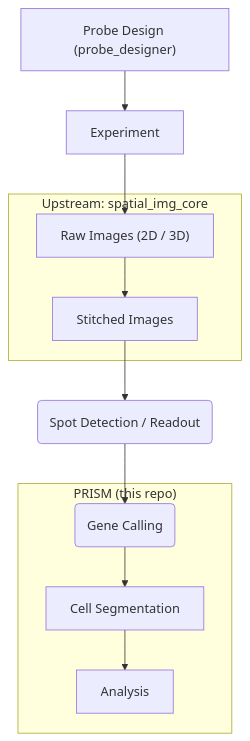
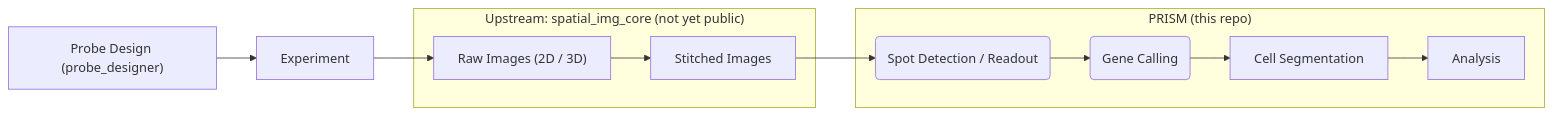
One commit to HuangLab-PKU/PRISM-Code changed the diagram in README.md. Above: the diagram before and after it, drawn with Mermaid. The commit also changed other lines of this file and 14 other files, not shown here.

First line of the commit message:
docs: overhaul public docs; fix links, flowchart, stale refs

````diff
--- a/README.md
+++ b/README.md
@@ -42,17 +42,16 @@
 ```mermaid
-graph TD
+graph LR
     A["Probe Design (probe_designer)"] --> B["Experiment"];
     B --> C["Raw Images (2D / 3D)"];
 
-    subgraph "Upstream: spatial_img_core"
+    subgraph "Upstream: spatial_img_core (not yet public)"
         C --> D["Stitched Images"];
     end
 
-    D --> E("Spot Detection / Readout");
-    E --> F("Gene Calling");
-
     subgraph "PRISM (this repo)"
+        D --> E("Spot Detection / Readout");
+        E --> F("Gene Calling");
         F --> G["Cell Segmentation"];
         G --> H["Analysis"];
     end
 ```
````
